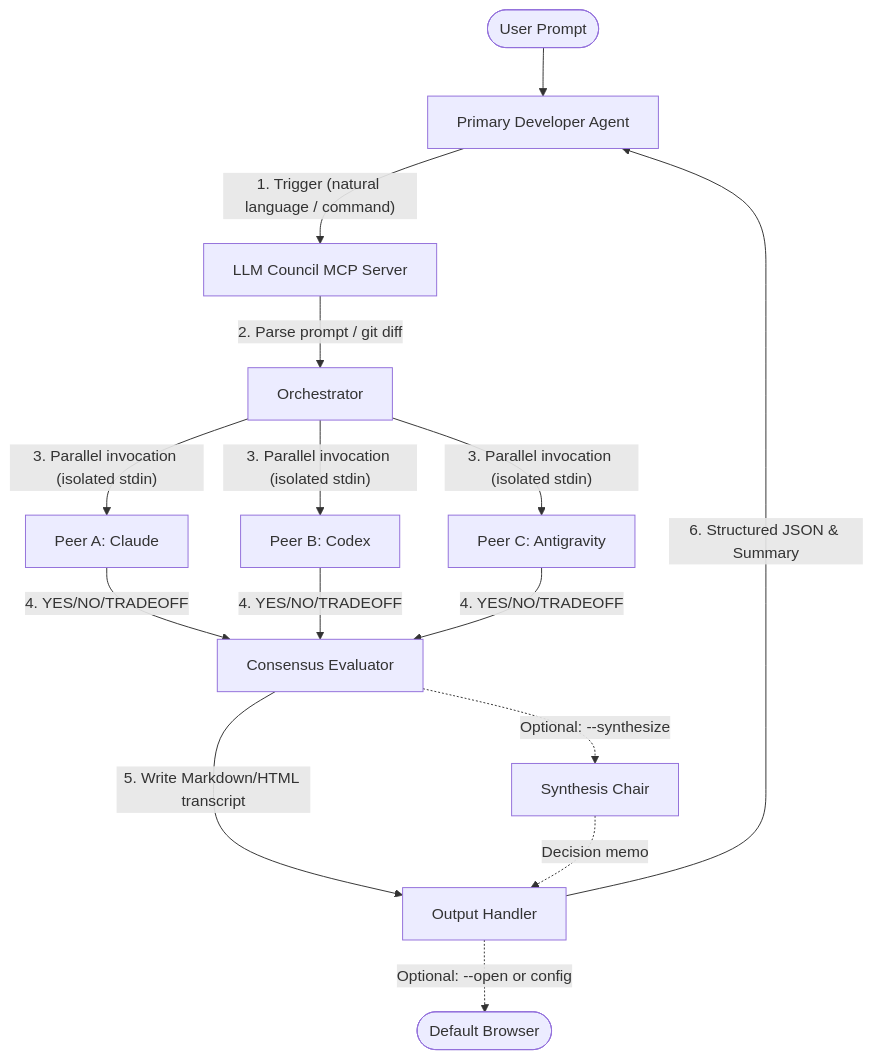
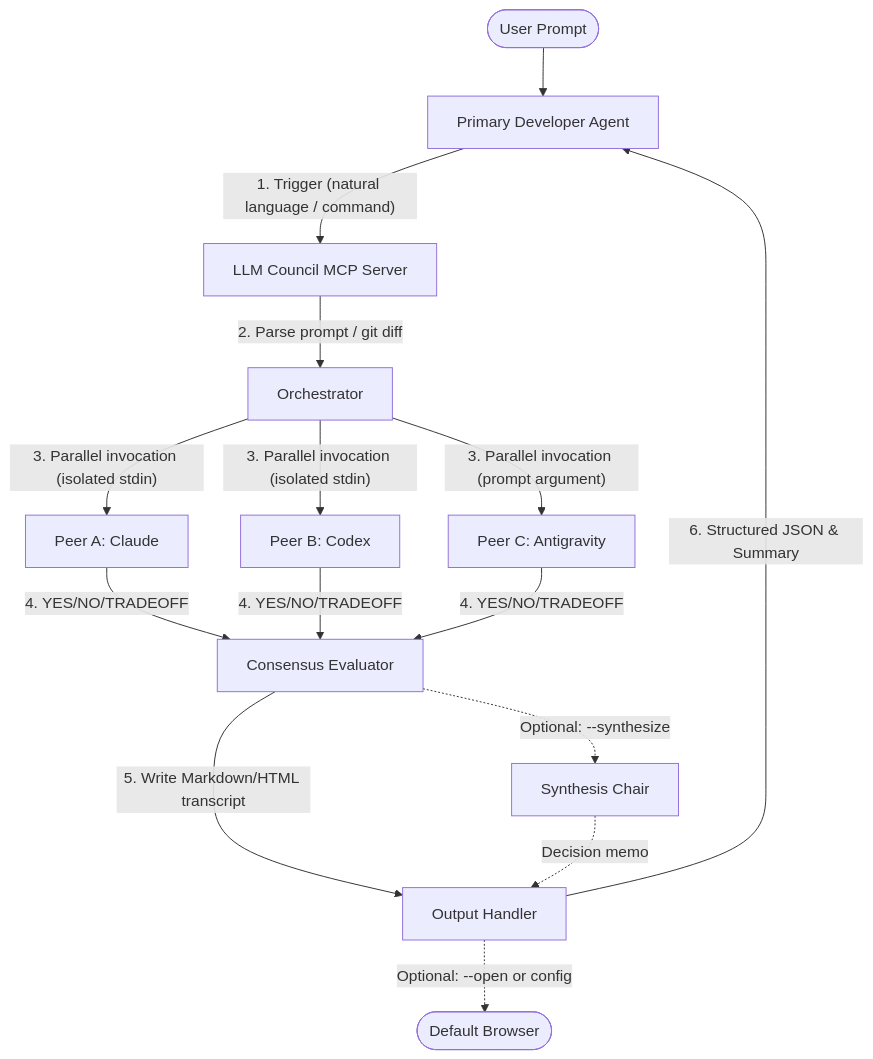
The diagram in README.md (Intellimetrics/llm-council), drawn with Mermaid before and after one commit. The commit also changed other lines of this file and 38 other files, not shown here.

````diff
--- a/README.md
+++ b/README.md
@@ -95,17 +103,17 @@
 ```mermaid
 graph TD
     User([User Prompt]) --> Agent[Primary Developer Agent]
     Agent -- "1. Trigger (natural language / command)" --> Server[LLM Council MCP Server]
     Server -- "2. Parse prompt / git diff" --> Orchestrator[Orchestrator]
     Orchestrator -- "3. Parallel invocation (isolated stdin)" --> PeerA[Peer A: Claude]
     Orchestrator -- "3. Parallel invocation (isolated stdin)" --> PeerB[Peer B: Codex]
-    Orchestrator -- "3. Parallel invocation (isolated stdin)" --> PeerC[Peer C: Antigravity]
+    Orchestrator -- "3. Parallel invocation (prompt argument)" --> PeerC[Peer C: Antigravity]
     PeerA -- "4. YES/NO/TRADEOFF" --> Consensus[Consensus Evaluator]
     PeerB -- "4. YES/NO/TRADEOFF" --> Consensus
     PeerC -- "4. YES/NO/TRADEOFF" --> Consensus
     Consensus -- "5. Write Markdown/HTML transcript" --> Out[Output Handler]
     Consensus -. "Optional: --synthesize" .-> Synth[Synthesis Chair]
     Synth -. "Decision memo" .-> Out
     Out -. "Optional: --open or config" .-> Browser([Default Browser])
     Out -- "6. Structured JSON & Summary" --> Agent
 ```
````
